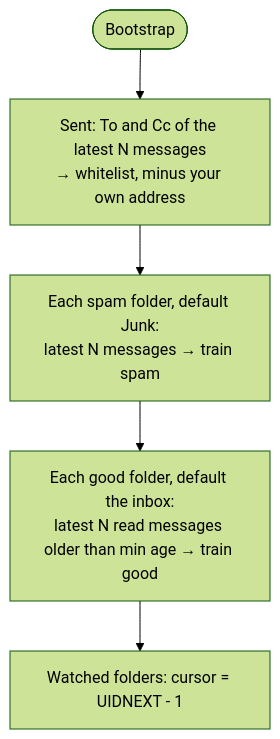
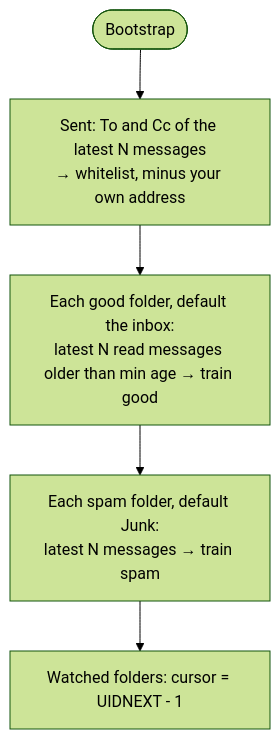
Before and after one commit to hugoh/tamis: the tenth of 10 diagrams in docs/engine.md, drawn with Mermaid (forest theme). The commit also changed other lines of this file and 19 other files, not shown here.

````diff
--- a/docs/engine.md
+++ b/docs/engine.md
@@ -359,7 +371,7 @@
 ```mermaid
 flowchart TD
     b([Bootstrap]) --> sent[Sent: To and Cc of the latest N messages<br/>→ whitelist, minus your own address]
-    sent --> spam[Each spam folder, default Junk:<br/>latest N messages → train spam]
-    spam --> good[Each good folder, default the inbox:<br/>latest N read messages older than min age → train good]
-    good --> cursors[Watched folders: cursor = UIDNEXT - 1]
+    sent --> good[Each good folder, default the inbox:<br/>latest N read messages older than min age → train good]
+    good --> spam[Each spam folder, default Junk:<br/>latest N messages → train spam]
+    spam --> cursors[Watched folders: cursor = UIDNEXT - 1]
 ```
````
